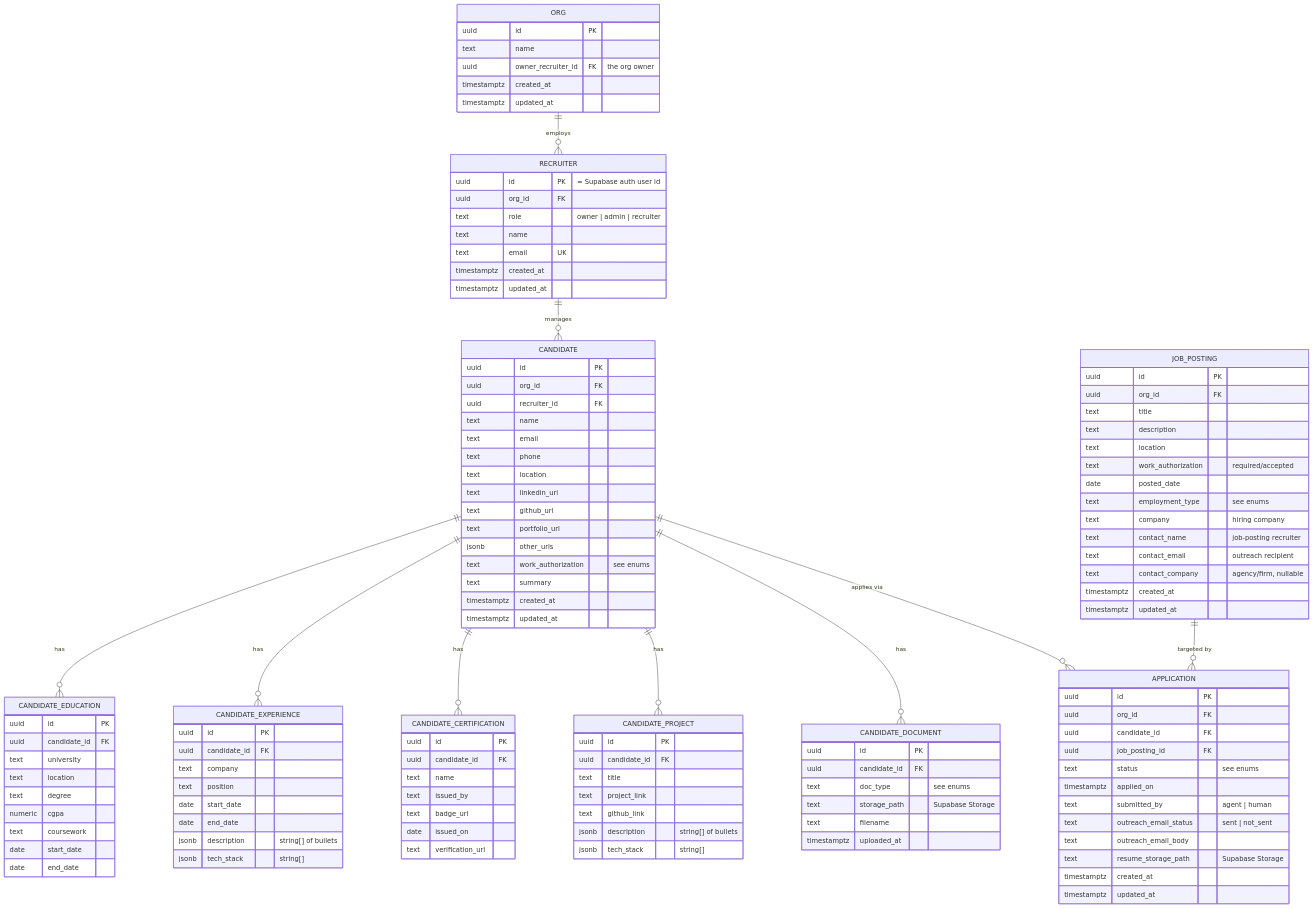
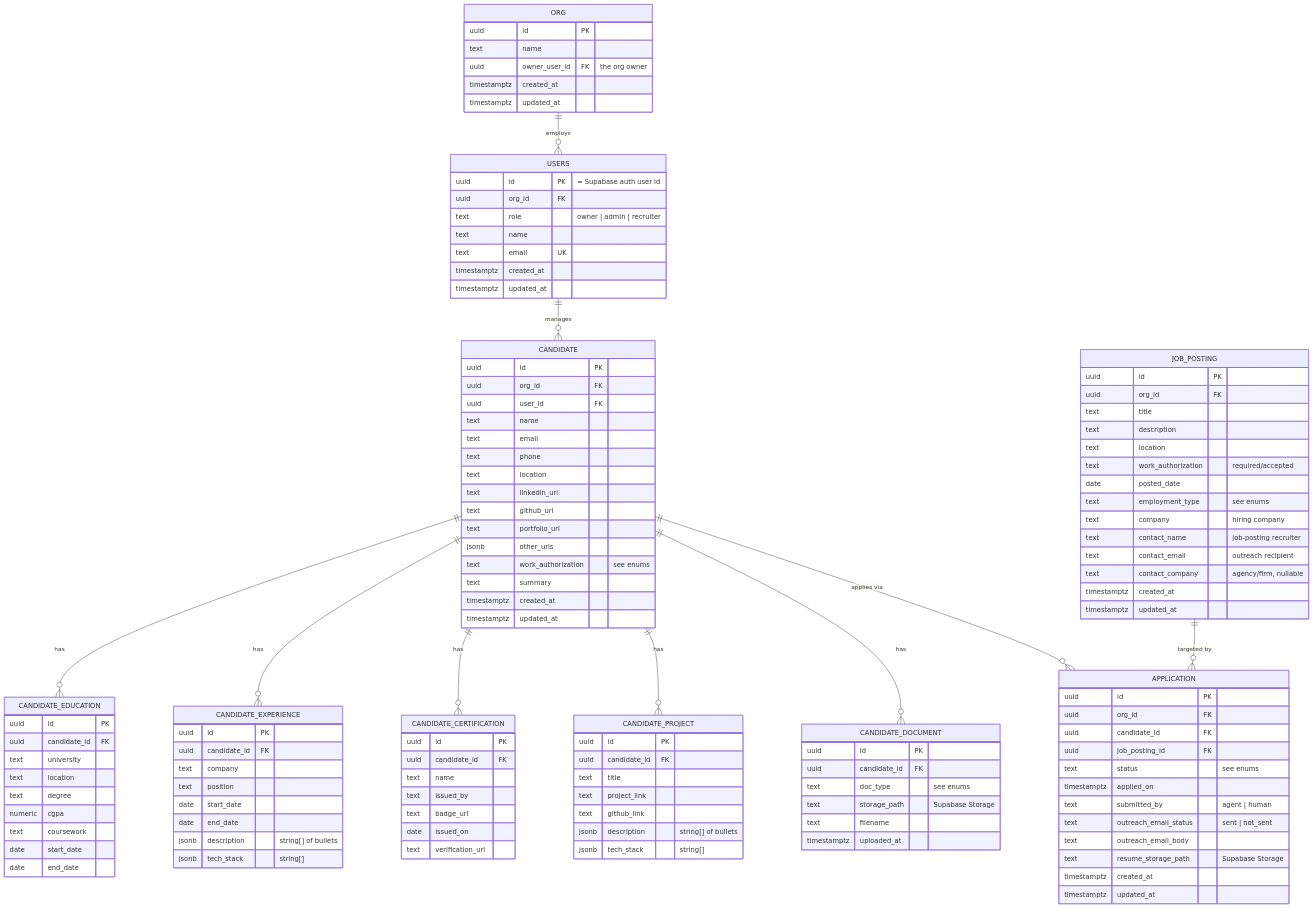
The diagram in docs/database-schema-v1.md (nikhil-chigali/bench-recruiter-agent), drawn with Mermaid before and after one commit. The commit also changed other lines of this file and 31 other files, not shown here.

First line of the commit message:
Rename the recruiter table to users (#4)

````diff
--- a/docs/database-schema-v1.md
+++ b/docs/database-schema-v1.md
@@ -12,7 +14,7 @@
 ```mermaid
 erDiagram
-    ORG ||--o{ RECRUITER : employs
-    RECRUITER ||--o{ CANDIDATE : manages
+    ORG ||--o{ USERS : employs
+    USERS ||--o{ CANDIDATE : manages
     CANDIDATE ||--o{ CANDIDATE_EDUCATION : has
     CANDIDATE ||--o{ CANDIDATE_EXPERIENCE : has
     CANDIDATE ||--o{ CANDIDATE_CERTIFICATION : has
@@ -24,11 +26,11 @@
     ORG {
         uuid id PK
         text name
-        uuid owner_recruiter_id FK "the org owner"
+        uuid owner_user_id FK "the org owner"
         timestamptz created_at
         timestamptz updated_at
     }
-    RECRUITER {
+    USERS {
         uuid id PK "= Supabase auth user id"
         uuid org_id FK
         text role "owner | admin | recruiter"
@@ -40,7 +42,7 @@
     CANDIDATE {
         uuid id PK
         uuid org_id FK
-        uuid recruiter_id FK
+        uuid user_id FK
         text name
         text email
         text phone
````
